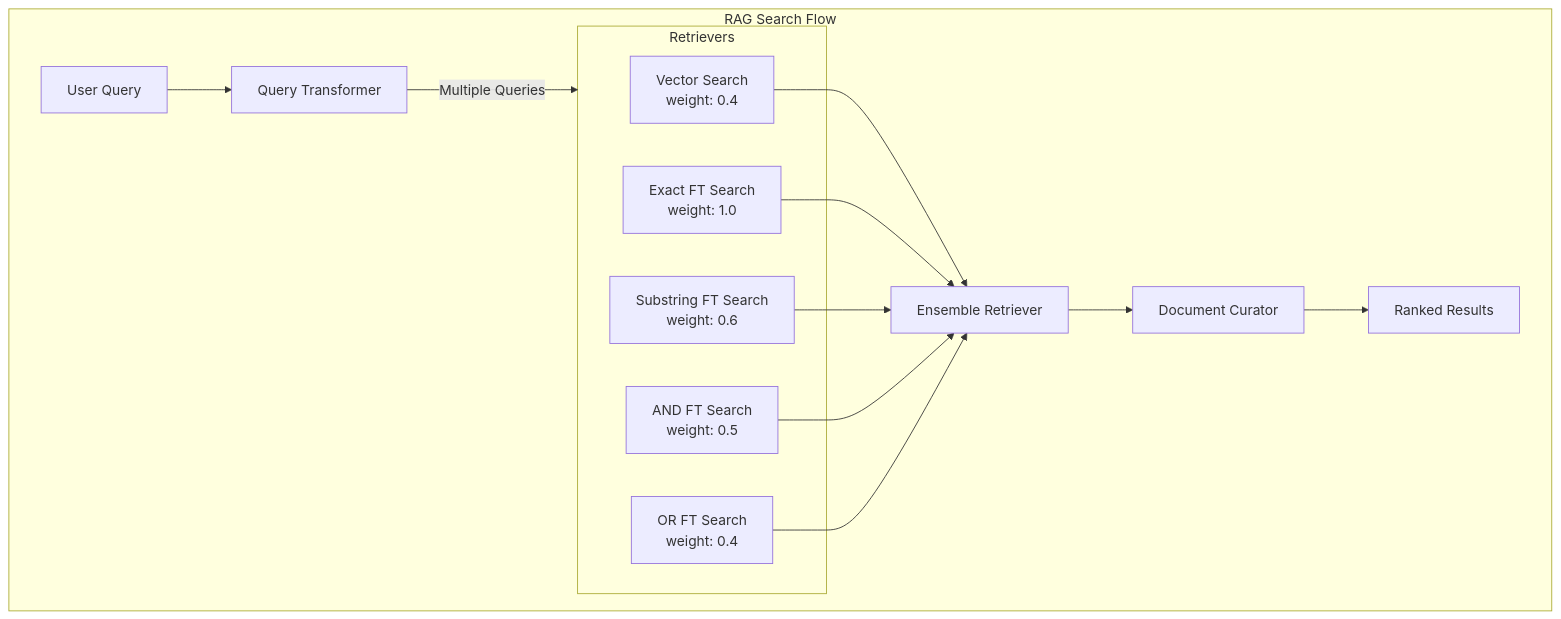
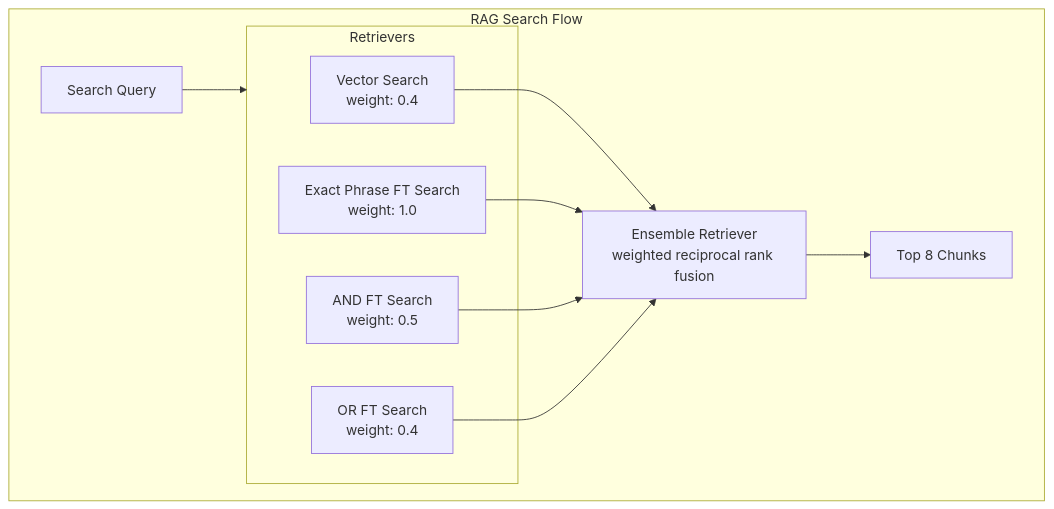
One commit to UniversityOfHelsinkiCS/gptwrapper changed the fifth of 12 diagrams in documentation/system-architecture.md. Above: the diagram before and after it, drawn with Mermaid. The commit also changed other lines of this file and 1 other file, not shown here.

````diff
--- a/documentation/system-architecture.md
+++ b/documentation/system-architecture.md
@@ -118,29 +118,23 @@
 ```mermaid
 flowchart TB
     subgraph "RAG Search Flow"
-        Query[User Query]
-        Transform[Query Transformer]
+        Query[Search Query]
 
         subgraph Retrievers
             Vector[Vector Search<br/>weight: 0.4]
-            Exact[Exact FT Search<br/>weight: 1.0]
-            Substring[Substring FT Search<br/>weight: 0.6]
+            Phrase[Exact Phrase FT Search<br/>weight: 1.0]
             AndFT[AND FT Search<br/>weight: 0.5]
             OrFT[OR FT Search<br/>weight: 0.4]
         end
 
-        Ensemble[Ensemble Retriever]
-        Curator[Document Curator]
-        Results[Ranked Results]
+        Ensemble[Ensemble Retriever<br/>weighted reciprocal rank fusion]
+        Results[Top 8 Chunks]
     end
 
-    Query --> Transform
-    Transform --> |Multiple Queries| Retrievers
+    Query --> Retrievers
     Vector --> Ensemble
-    Exact --> Ensemble
-    Substring --> Ensemble
+    Phrase --> Ensemble
     AndFT --> Ensemble
     OrFT --> Ensemble
-    Ensemble --> Curator
-    Curator --> Results
+    Ensemble --> Results
 ```
````
